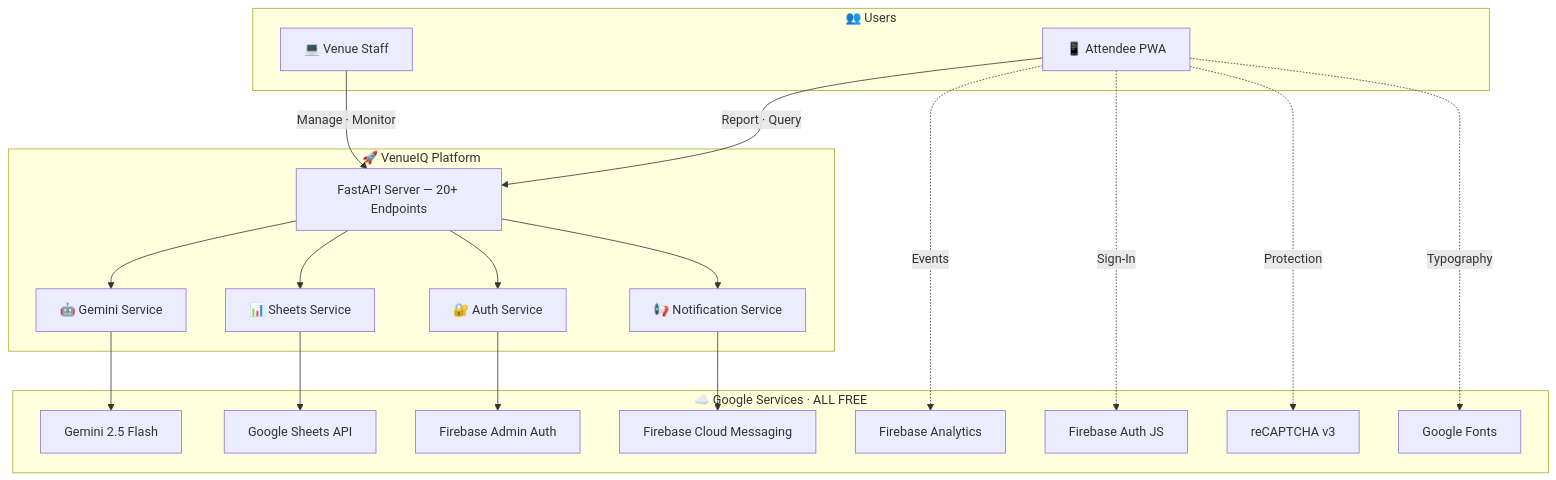
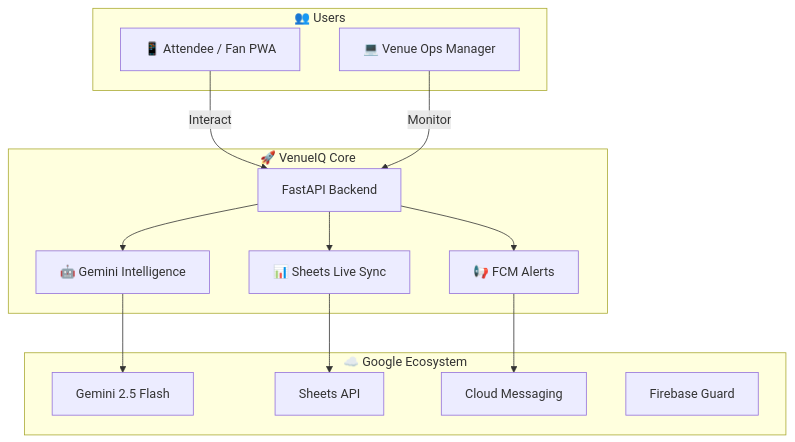
The diagram in README.md (Vk2245/VenueIQ), drawn with Mermaid before and after one commit. The commit also changed other lines of this file and 2 other files, not shown here.

````diff
--- a/README.md
+++ b/README.md
@@ -223,38 +90,27 @@
 ```mermaid
 graph TB
     subgraph "👥 Users"
-        ATT["📱 Attendee PWA"]
-        STAFF["💻 Venue Staff"]
+        ATT["📱 Attendee / Fan PWA"]
+        STAFF["💻 Venue Ops Manager"]
     end
 
-    subgraph "🚀 VenueIQ Platform"
-        API["FastAPI Server — 20+ Endpoints"]
-        GEM["🤖 Gemini Service"]
-        DB["📊 Sheets Service"]
-        AUTH["🔐 Auth Service"]
-        NOTIF["📢 Notification Service"]
+    subgraph "🚀 VenueIQ Core"
+        API["FastAPI Backend"]
+        GEM["🤖 Gemini Intelligence"]
+        DB["📊 Sheets Live Sync"]
+        NOTIF["📢 FCM Alerts"]
     end
 
-    subgraph "☁️ Google Services · ALL FREE"
+    subgraph "☁️ Google Ecosystem"
         G_AI["Gemini 2.5 Flash"]
-        G_SHEETS["Google Sheets API"]
-        G_AUTH["Firebase Admin Auth"]
-        G_FCM["Firebase Cloud Messaging"]
-        G_ANALYTICS["Firebase Analytics"]
-        G_AUTHJS["Firebase Auth JS"]
-        G_RECAP["reCAPTCHA v3"]
-        G_FONTS["Google Fonts"]
+        G_SHEETS["Sheets API"]
+        G_FCM["Cloud Messaging"]
+        G_AUTH["Firebase Guard"]
     end
 
-    ATT -->|"Report · Query"| API
-    STAFF -->|"Manage · Monitor"| API
-    ATT -.->|Events| G_ANALYTICS
-    ATT -.->|Sign-In| G_AUTHJS
-    ATT -.->|Protection| G_RECAP
-    ATT -.->|Typography| G_FONTS
-
+    ATT -->|"Interact"| API
+    STAFF -->|"Monitor"| API
     API --> GEM --> G_AI
     API --> DB --> G_SHEETS
-    API --> AUTH --> G_AUTH
     API --> NOTIF --> G_FCM
 ```
````
